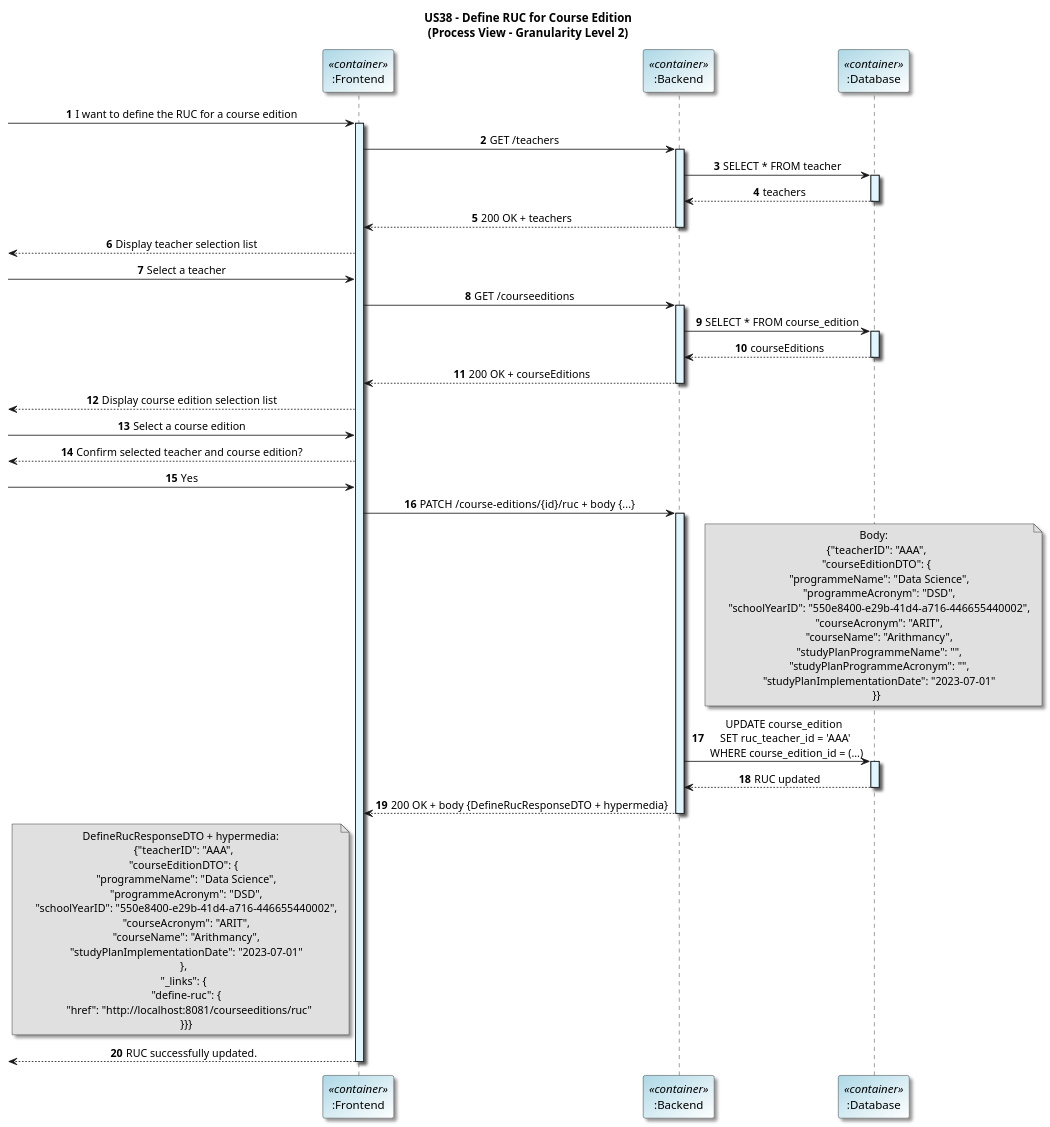
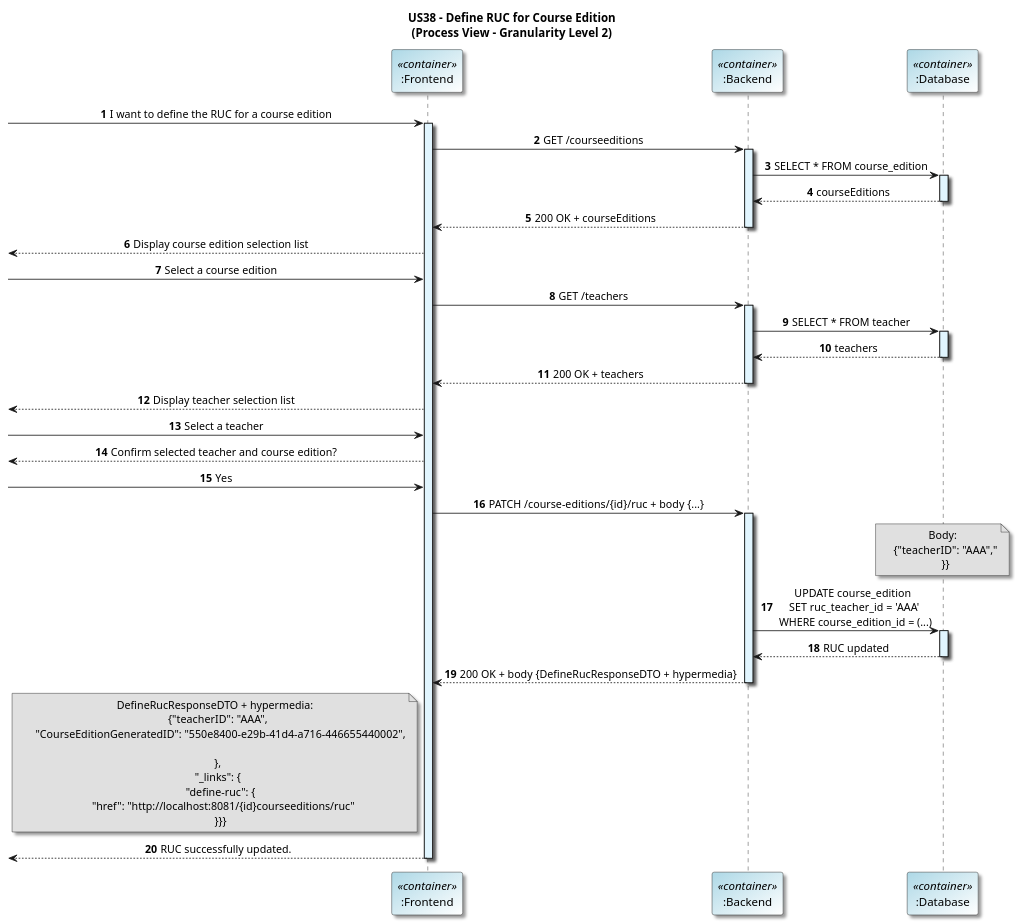
Before and after one commit to GasparISEP/DevOps-PAI: the diagram in docs/US38/sprint7_RestAPI/processView/DefineRUCForACourseEdition_Level2Granularity.puml, drawn with PlantUML.

Commit message:
updated DefineRuc lv2  process Diagram refs -#708

```diff
--- a/docs/US38/sprint7_RestAPI/processView/DefineRUCForACourseEdition_Level2Granularity.puml
+++ b/docs/US38/sprint7_RestAPI/processView/DefineRUCForACourseEdition_Level2Granularity.puml
@@ -1,99 +1,84 @@
 @startuml
 title US38 – Define RUC for Course Edition\n(Process View – Granularity Level 2)
 
 skinparam titleFontName "Verdana"
 skinparam defaultFontName "Verdana"
 skinparam defaultTextAlignment center
 skinparam shadowing true
 skinparam actorBackgroundColor #lightblue
 skinparam participantBackgroundColor #lightblue/white
 
 autonumber
 
 participant ":Frontend" as Frontend <<container>>
 participant ":Backend" as Backend <<container>>
 participant ":Database" as DB <<container>>
 
 -> Frontend: I want to define the RUC for a course edition
 activate Frontend #E1F5FE
 
-' --- Select teachers ---
-Frontend -> Backend: GET /teachers
-activate Backend #E1F5FE
-Backend -> DB: SELECT * FROM teacher
-activate DB #E1F5FE
-DB --> Backend: teachers
-deactivate DB
-Backend --> Frontend: 200 OK + teachers
-deactivate Backend
-<-- Frontend : Display teacher selection list
-
--> Frontend: Select a teacher
 
 ' --- Select course edition ---
 Frontend -> Backend: GET /courseeditions
 activate Backend #E1F5FE
 Backend -> DB: SELECT * FROM course_edition
 activate DB #E1F5FE
 DB --> Backend: courseEditions
 deactivate DB
 Backend --> Frontend: 200 OK + courseEditions
 deactivate Backend
 <-- Frontend: Display course edition selection list
 
 -> Frontend: Select a course edition
+' --- Select teachers ---
+Frontend -> Backend: GET /teachers
+activate Backend #E1F5FE
+Backend -> DB: SELECT * FROM teacher
+activate DB #E1F5FE
+DB --> Backend: teachers
+deactivate DB
+Backend --> Frontend: 200 OK + teachers
+deactivate Backend
+<-- Frontend : Display teacher selection list
 
+-> Frontend: Select a teacher
 ' --- Confirm selection ---
 <-- Frontend: Confirm selected teacher and course edition?
 
 -> Frontend: Yes
 
 ' --- Define RUC ---
 Frontend -> Backend: PATCH /course-editions/{id}/ruc + body {...}
 
 note over DB #E0E0E0
   Body:
-    {"teacherID": "AAA",
-    "courseEditionDTO": {
-      "programmeName": "Data Science",
-      "programmeAcronym": "DSD",
-      "schoolYearID": "550e8400-e29b-41d4-a716-446655440002",
-      "courseAcronym": "ARIT",
-      "courseName": "Arithmancy",
-      "studyPlanProgrammeName": "",
-      "studyPlanProgrammeAcronym": "",
-      "studyPlanImplementationDate": "2023-07-01"
+    {"teacherID": "AAA","
     }}
 end note
 
 activate Backend #E1F5FE
 
 Backend -> DB: UPDATE course_edition \n SET ruc_teacher_id = 'AAA' \n WHERE course_edition_id = (...)
 activate DB #E1F5FE
 DB --> Backend: RUC updated
 deactivate DB
 
 Backend --> Frontend: 200 OK + body {DefineRucResponseDTO + hypermedia}
 
 note left of Frontend #E0E0E0
   DefineRucResponseDTO + hypermedia:
     {"teacherID": "AAA",
-    "courseEditionDTO": {
-      "programmeName": "Data Science",
-      "programmeAcronym": "DSD",
-      "schoolYearID": "550e8400-e29b-41d4-a716-446655440002",
-      "courseAcronym": "ARIT",
-      "courseName": "Arithmancy",
-      "studyPlanImplementationDate": "2023-07-01"
+      "CourseEditionGeneratedID": "550e8400-e29b-41d4-a716-446655440002",
+
     },
     "_links": {
       "define-ruc": {
-        "href": "http://localhost:8081/courseeditions/ruc"
+        "href": "http://localhost:8081/{id}courseeditions/ruc"
       }}}
 end note
 deactivate Backend
 
 <-- Frontend: RUC successfully updated.
 deactivate Frontend
 
 @enduml
```
